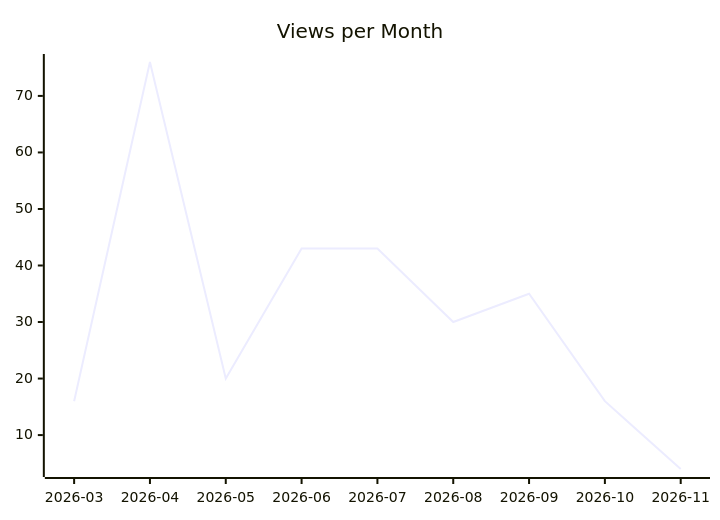
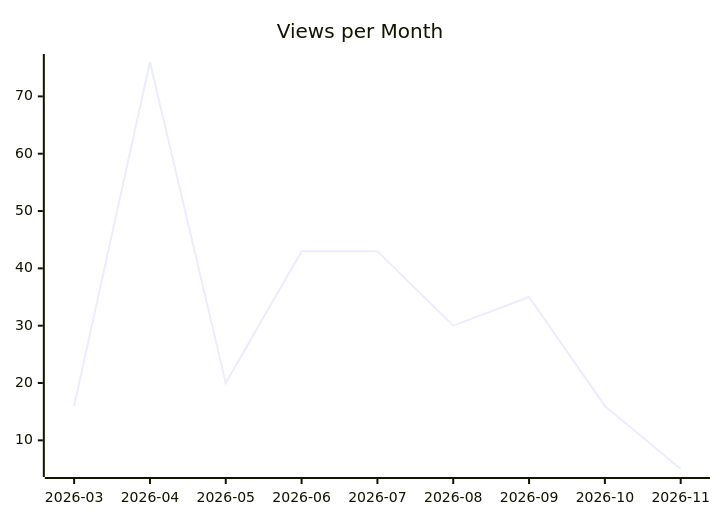
One commit to justdavis-family/github-analytics-data changed the second of 3 diagrams in karlmdavis/ksoap2-android/README.md. Above: the diagram before and after it, drawn with Mermaid. The commit also changed other lines of this file and 192 other files, not shown here.

````diff
--- a/karlmdavis/ksoap2-android/README.md
+++ b/karlmdavis/ksoap2-android/README.md
@@ -12,6 +12,6 @@
 ```mermaid
 xychart-beta
   title "Views per Month"
   x-axis ["2026-03", "2026-04", "2026-05", "2026-06", "2026-07", "2026-08", "2026-09", "2026-10", "2026-11"]
-  line [16, 76, 20, 43, 43, 30, 35, 16, 4]
+  line [16, 76, 20, 43, 43, 30, 35, 16, 5]
 ```
````
